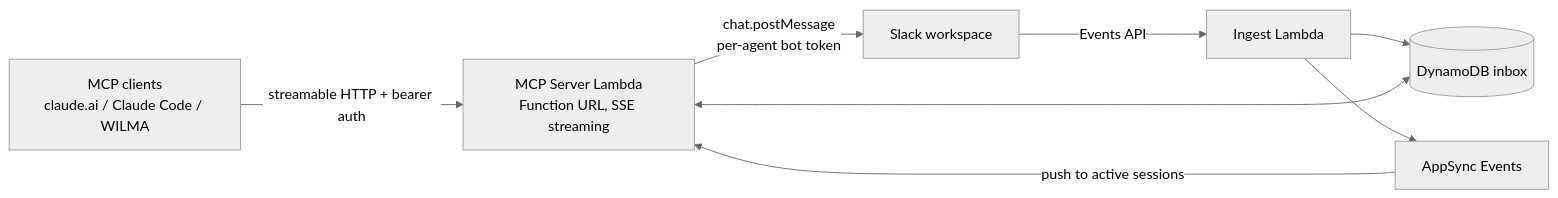
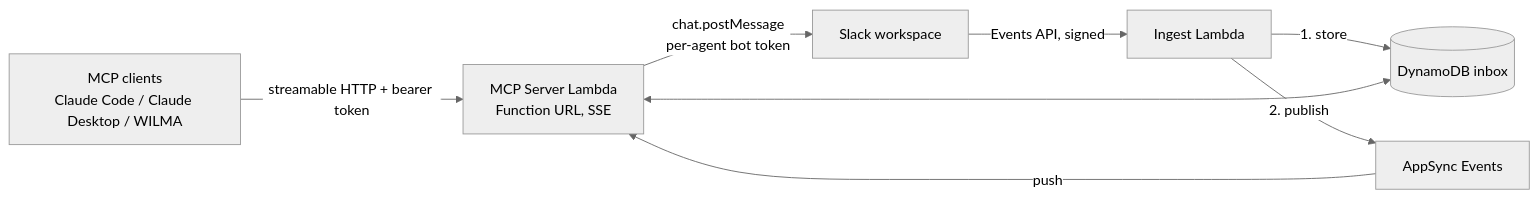
Before and after one commit to ANamelessDrake/slack-mcp: the diagram in README.md, drawn with Mermaid (neutral theme). The commit also changed other lines of this file and 5 other files, not shown here.

````diff
--- a/README.md
+++ b/README.md
@@ -16,10 +34,10 @@
 ```mermaid
 flowchart LR
-    C1[MCP clients<br/>claude.ai / Claude Code / WILMA] -->|streamable HTTP + bearer auth| MCP[MCP Server Lambda<br/>Function URL, SSE streaming]
+    C[MCP clients<br/>Claude Code / Claude Desktop / WILMA] -->|streamable HTTP + bearer token| MCP[MCP Server Lambda<br/>Function URL, SSE]
     MCP -->|chat.postMessage<br/>per-agent bot token| S[Slack workspace]
-    S -->|Events API| ING[Ingest Lambda]
-    ING --> DDB[(DynamoDB inbox)]
-    ING --> EVT[AppSync Events]
-    EVT -->|push to active sessions| MCP
+    S -->|Events API, signed| ING[Ingest Lambda]
+    ING -->|1. store| DDB[(DynamoDB inbox)]
+    ING -->|2. publish| EVT[AppSync Events]
+    EVT -->|push| MCP
     MCP <--> DDB
 ```
````
